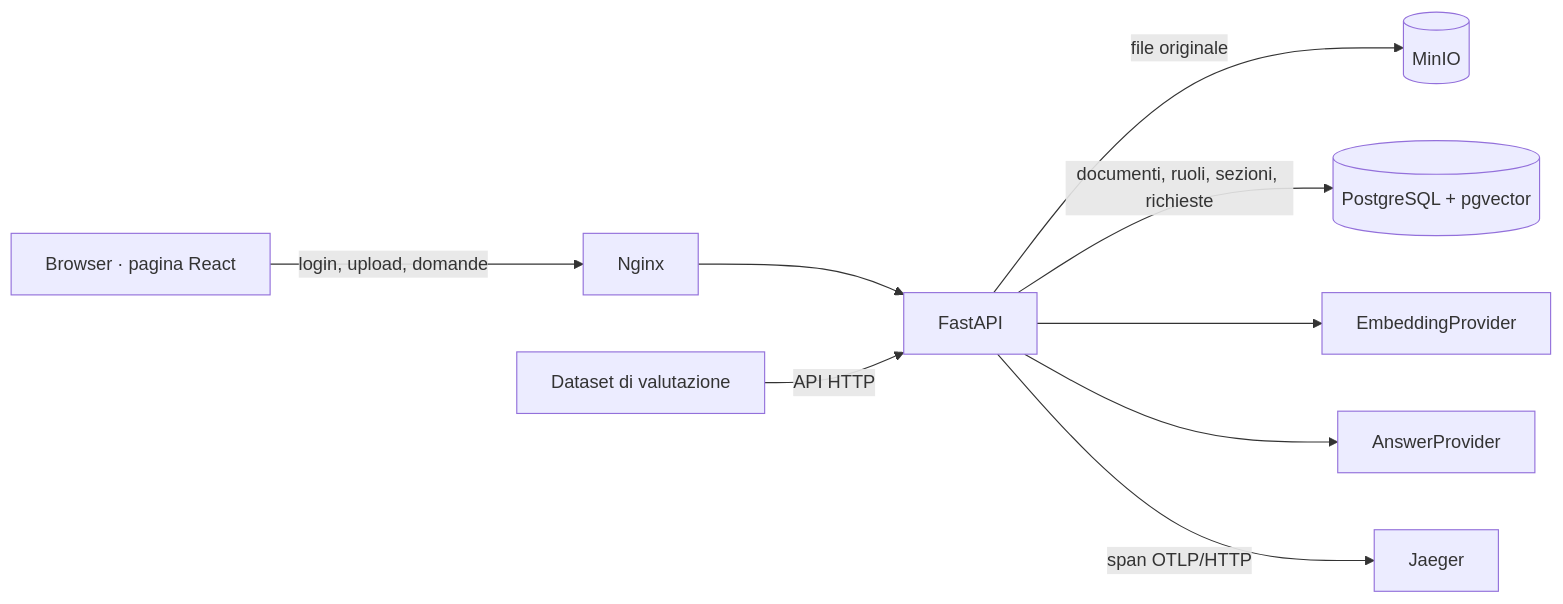
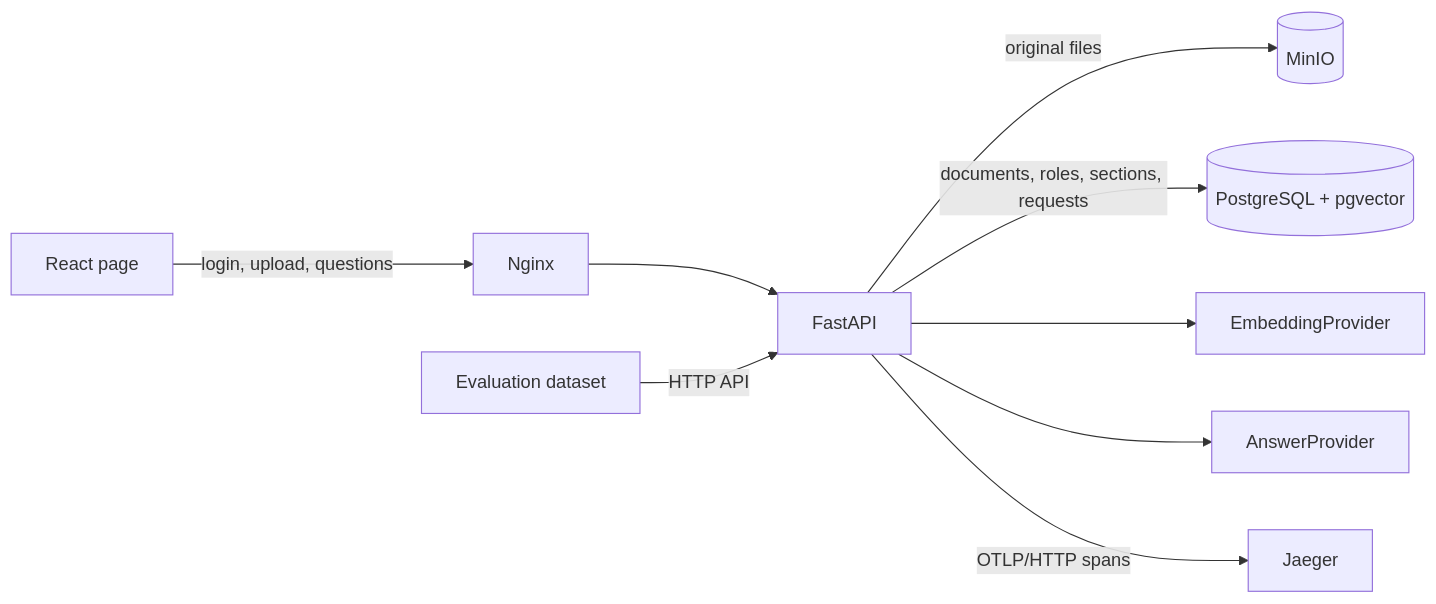
The diagram in README.md (DonaldDaz/enterprise-knowledge-assistant), drawn with Mermaid before and after one commit. The commit also changed other lines of this file and 14 other files, not shown here.

````diff
--- a/README.md
+++ b/README.md
@@ -15,11 +9,11 @@
 ```mermaid
 flowchart LR
-    U[Browser · pagina React] -->|login, upload, domande| W[Nginx]
+    U[React page] -->|login, upload, questions| W[Nginx]
     W --> A[FastAPI]
-    A -->|file originale| M[(MinIO)]
-    A -->|documenti, ruoli, sezioni, richieste| P[(PostgreSQL + pgvector)]
+    A -->|original files| M[(MinIO)]
+    A -->|documents, roles, sections, requests| P[(PostgreSQL + pgvector)]
     A --> E[EmbeddingProvider]
     A --> R[AnswerProvider]
-    A -->|span OTLP/HTTP| J[Jaeger]
-    Q[Dataset di valutazione] -->|API HTTP| A
+    A -->|OTLP/HTTP spans| J[Jaeger]
+    Q[Evaluation dataset] -->|HTTP API| A
 ```
````
